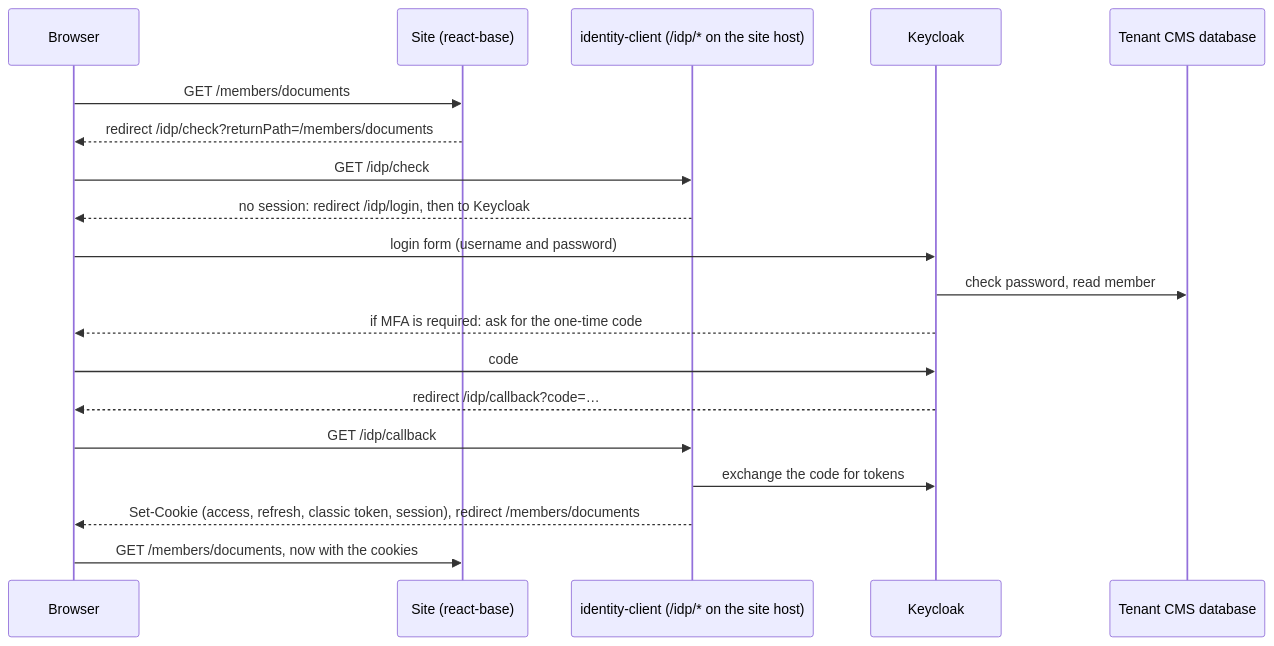
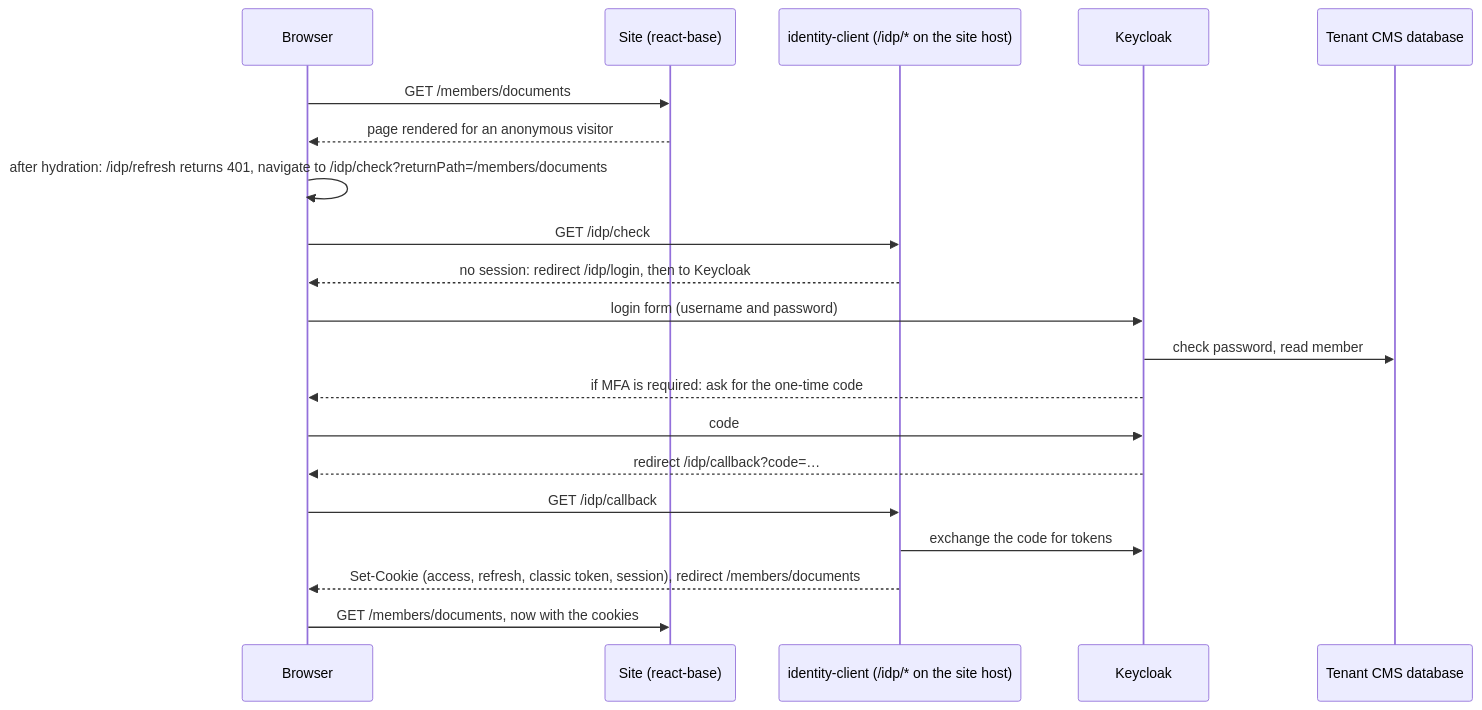
The diagram in docs/features/keycloak-login/keycloak-details.md (zengenti/contensis-react-base), drawn with Mermaid before and after one commit. The commit also changed other lines of this file and 2 other files, not shown here.

````diff
--- a/docs/features/keycloak-login/keycloak-details.md
+++ b/docs/features/keycloak-login/keycloak-details.md
@@ -42,22 +42,23 @@
 ```mermaid
 sequenceDiagram
     participant B as Browser
     participant S as Site (react-base)
     participant I as identity-client (/idp/* on the site host)
     participant K as Keycloak
     participant DB as Tenant CMS database
 
     B->>S: GET /members/documents
-    S-->>B: redirect /idp/check?returnPath=/members/documents
+    S-->>B: page rendered for an anonymous visitor
+    B->>B: after hydration: /idp/refresh returns 401, navigate to /idp/check?returnPath=/members/documents
     B->>I: GET /idp/check
     I-->>B: no session: redirect /idp/login, then to Keycloak
     B->>K: login form (username and password)
     K->>DB: check password, read member
     K-->>B: if MFA is required: ask for the one-time code
     B->>K: code
     K-->>B: redirect /idp/callback?code=…
     B->>I: GET /idp/callback
     I->>K: exchange the code for tokens
     I-->>B: Set-Cookie (access, refresh, classic token, session), redirect /members/documents
     B->>S: GET /members/documents, now with the cookies
 ```
````
